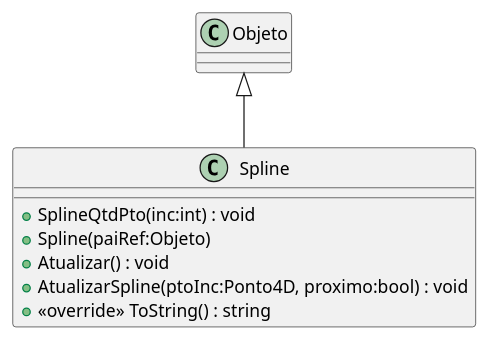
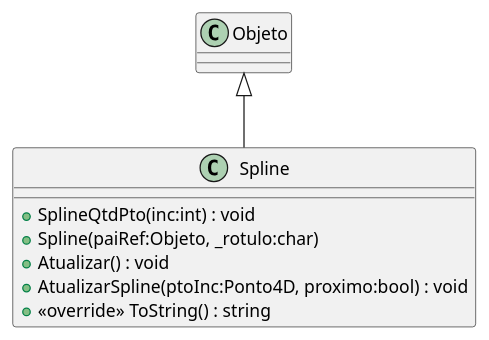
One commit to dalton-reis/CG_2024_1 changed the diagram in Unidade2/CG_N2_Exemplo/plantuml/Spline.puml. Above: the diagram before and after it, drawn with PlantUML. The commit also changed 25 other files, not shown here.

```diff
--- a/Unidade2/CG_N2_Exemplo/plantuml/Spline.puml
+++ b/Unidade2/CG_N2_Exemplo/plantuml/Spline.puml
@@ -1,10 +1,10 @@
 @startuml
 class Spline {
     + SplineQtdPto(inc:int) : void
-    + Spline(paiRef:Objeto)
+    + Spline(paiRef:Objeto, _rotulo:char)
     + Atualizar() : void
     + AtualizarSpline(ptoInc:Ponto4D, proximo:bool) : void
     + <<override>> ToString() : string
 }
 Objeto <|-- Spline
 @enduml
```
